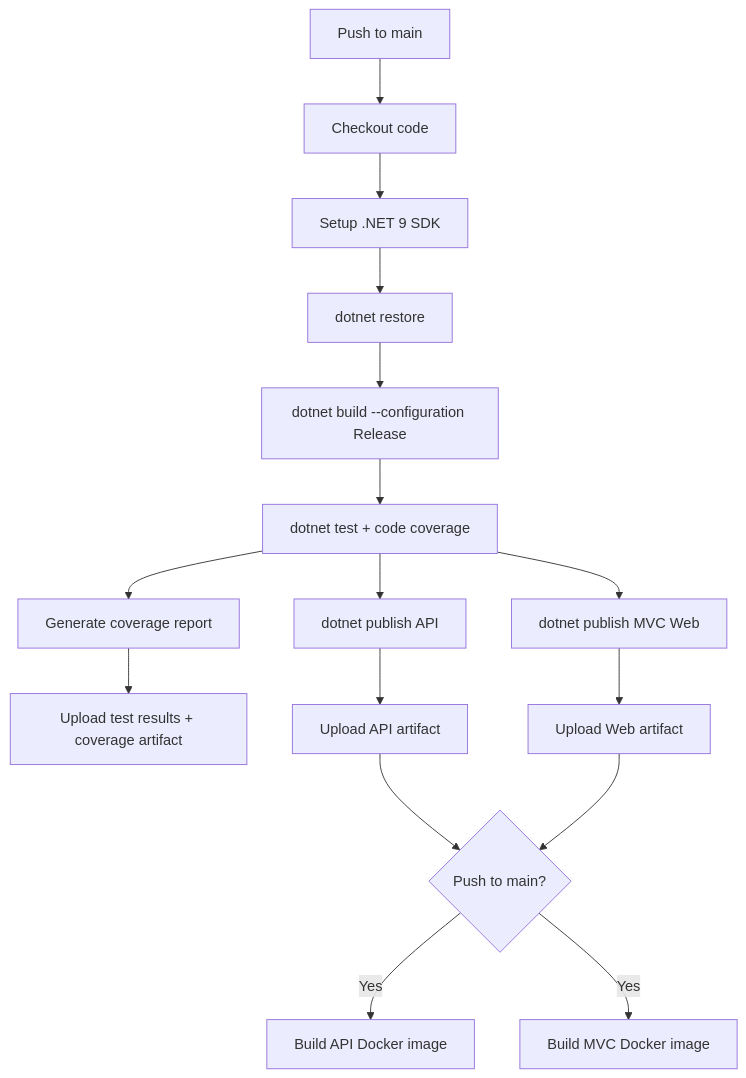
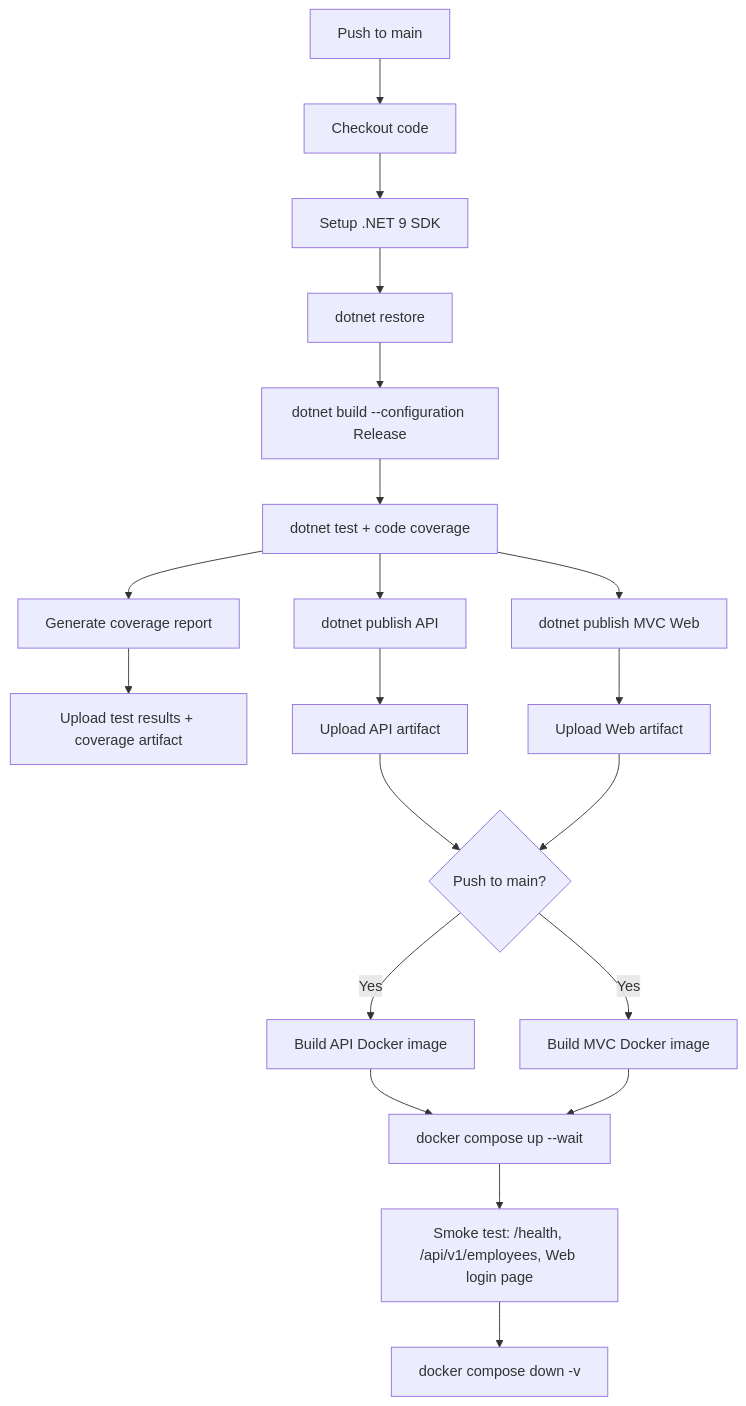
Before and after one commit to popuri2000/employee-management-devops-demo: the fourth of 5 diagrams in README.md, drawn with Mermaid. The commit also changed other lines of this file and 2 other files, not shown here.

First line of the commit message:
Add real Docker Compose smoke test to CI to close the gap

````diff
--- a/README.md
+++ b/README.md
@@ -370,18 +370,22 @@
 ```mermaid
 graph TD
     A[Push to main] --> B[Checkout code]
     B --> C[Setup .NET 9 SDK]
     C --> D[dotnet restore]
     D --> E[dotnet build --configuration Release]
     E --> F[dotnet test + code coverage]
     F --> G[Generate coverage report]
     G --> H[Upload test results + coverage artifact]
     F --> I[dotnet publish API]
     F --> J[dotnet publish MVC Web]
     I --> K[Upload API artifact]
     J --> L[Upload Web artifact]
     K --> M{Push to main?}
     L --> M
     M -->|Yes| N[Build API Docker image]
     M -->|Yes| O[Build MVC Docker image]
+    N --> P[docker compose up --wait]
+    O --> P
+    P --> Q[Smoke test: /health, /api/v1/employees, Web login page]
+    Q --> R[docker compose down -v]
 ```
````
